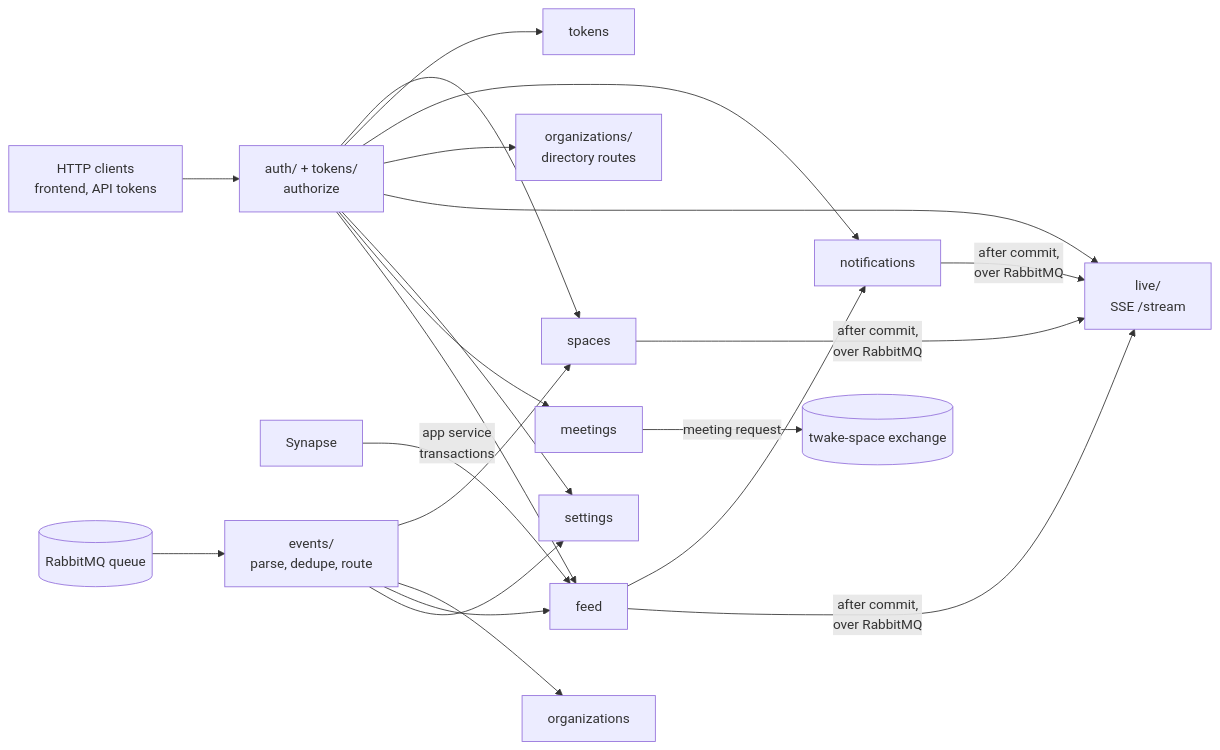
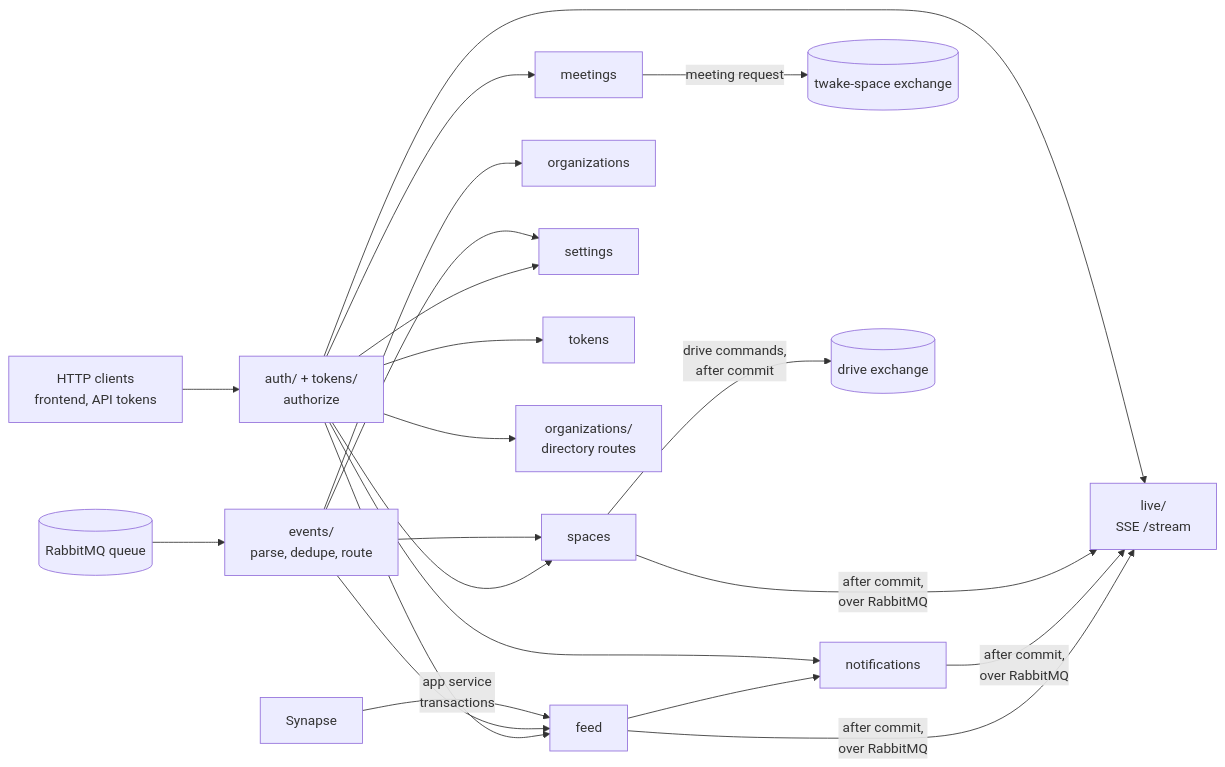
The first of 2 diagrams in docs/backend-dev.md (linagora/twake-space), drawn with Mermaid before and after one commit. The commit also changed other lines of this file and 11 other files, not shown here.

First line of the commit message:
feat(backend): store drive commands and publish them to the drive exchange

````diff
--- a/docs/backend-dev.md
+++ b/docs/backend-dev.md
@@ -29,12 +29,13 @@
 ```mermaid
 flowchart LR
   rabbitmq[(RabbitMQ queue)] --> events["events/<br>parse, dedupe, route"]
   synapse[Synapse] -- "app service<br>transactions" --> feed
   events --> spaces & organizations & feed & settings
   http["HTTP clients<br>frontend, API tokens"] --> auth["auth/ + tokens/<br>authorize"]
   auth --> spaces & tokens & notifications & directory["organizations/<br>directory routes"] & live & settings & meetings
   feed --> notifications
   auth --> feed
   spaces & notifications & feed -- "after commit,<br>over RabbitMQ" --> live["live/<br>SSE /stream"]
   meetings -- "meeting request" --> exchange[(twake-space exchange)]
+  spaces -- "drive commands,<br>after commit" --> drive[(drive exchange)]
 ```
````
